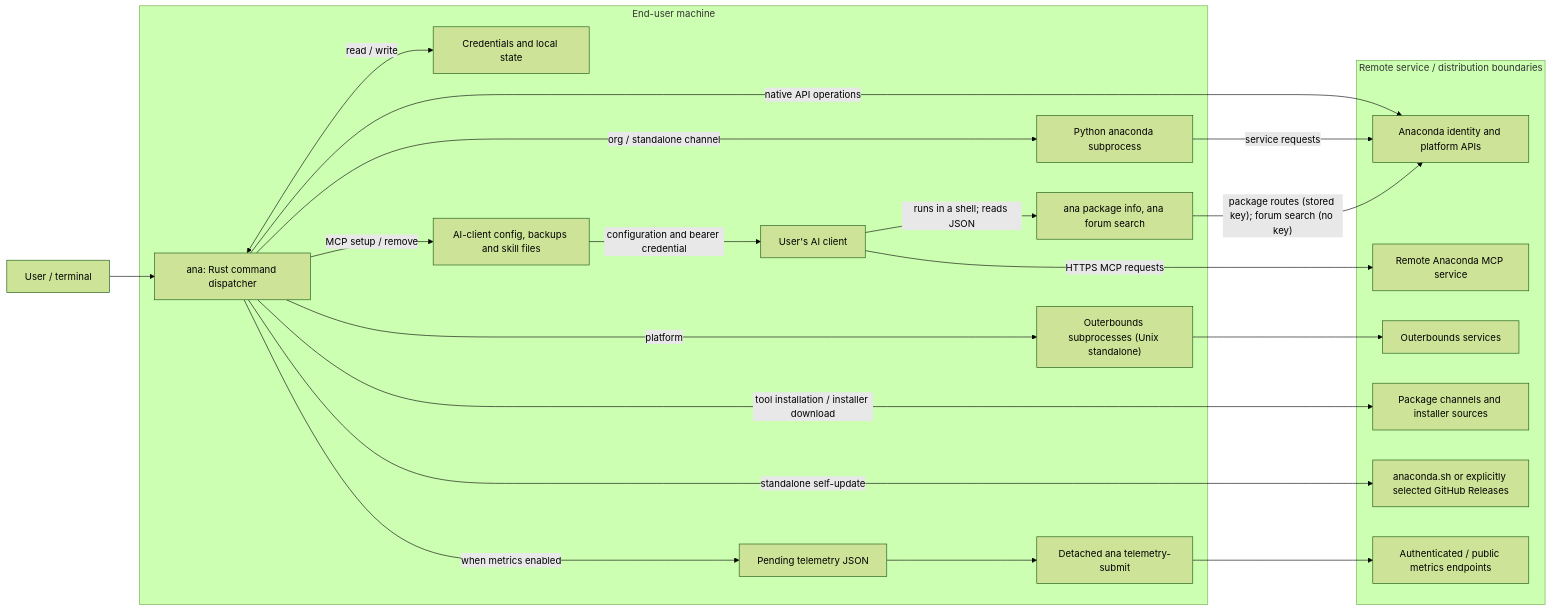
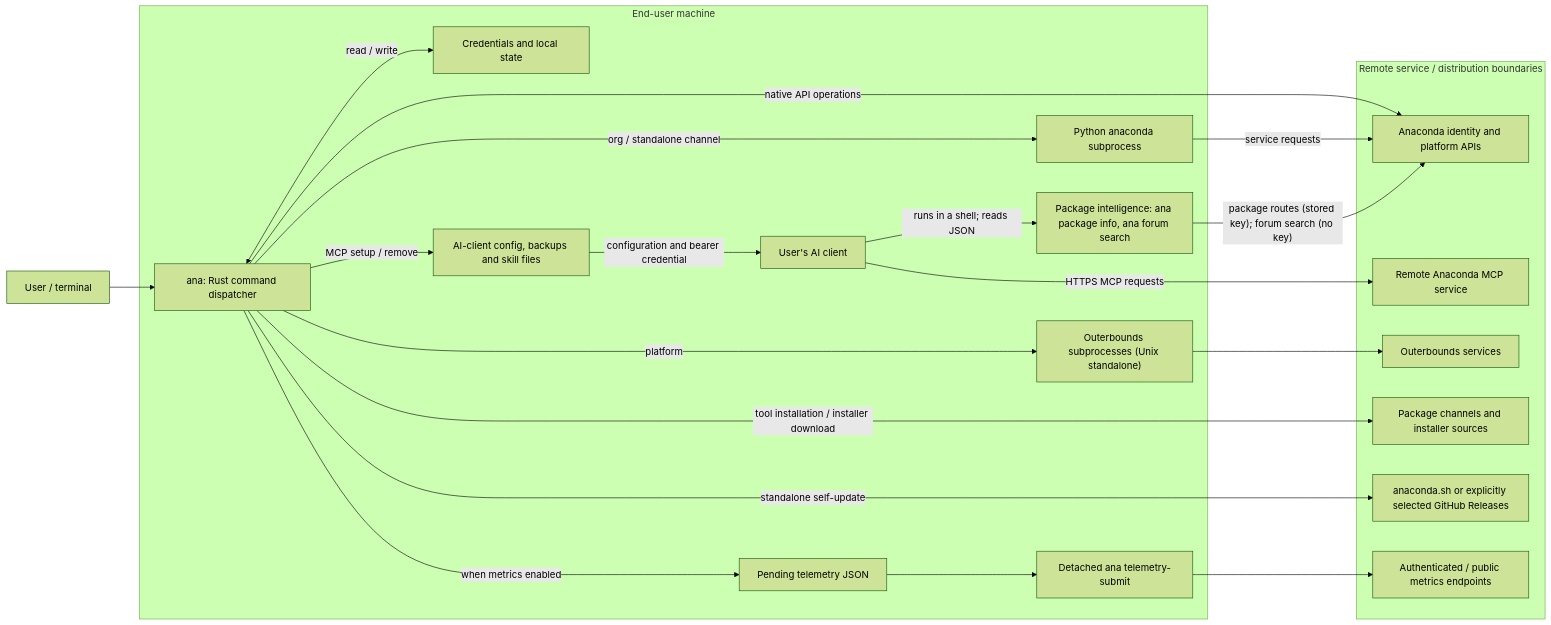
One commit to anaconda/anaconda-cli changed the first of 5 diagrams in docs/architecture.md. Above: the diagram before and after it, drawn with Mermaid (forest theme). The commit also changed other lines of this file and 11 other files, not shown here.

First line of the commit message:
refac: Rename lookup module to package_intelligence

````diff
--- a/docs/architecture.md
+++ b/docs/architecture.md
@@ -19,40 +19,40 @@
 ```mermaid
 flowchart LR
     USER["User / terminal"]
     subgraph HOST["End-user machine"]
         ANA["ana: Rust command dispatcher"]
         STATE["Credentials and local state"]
         PY["Python anaconda subprocess"]
         OB["Outerbounds subprocesses (Unix standalone)"]
         AICFG["AI-client config, backups and skill files"]
         AICLIENT["User's AI client"]
-        LOOKUP["ana package info, ana forum search"]
+        PKGINTEL["Package intelligence: ana package info, ana forum search"]
         SPOOL["Pending telemetry JSON"]
         SUBMIT["Detached ana telemetry-submit"]
     end
     subgraph SERVICES["Remote service / distribution boundaries"]
         API["Anaconda identity and platform APIs"]
         MCP["Remote Anaconda MCP service"]
         OBAPI["Outerbounds services"]
         PKGS["Package channels and installer sources"]
         RELEASES["anaconda.sh or explicitly selected GitHub Releases"]
         METRICS["Authenticated / public metrics endpoints"]
     end
     USER --> ANA
     ANA <-->|"read / write"| STATE
     ANA -->|"native API operations"| API
     ANA -->|"org / standalone channel"| PY
     PY -->|"service requests"| API
     ANA -->|"platform"| OB
     OB --> OBAPI
     ANA -->|"tool installation / installer download"| PKGS
     ANA -->|"standalone self-update"| RELEASES
     ANA -->|"MCP setup / remove"| AICFG
     AICFG -->|"configuration and bearer credential"| AICLIENT
     AICLIENT -->|"HTTPS MCP requests"| MCP
-    AICLIENT -->|"runs in a shell; reads JSON"| LOOKUP
-    LOOKUP -->|"package routes (stored key); forum search (no key)"| API
+    AICLIENT -->|"runs in a shell; reads JSON"| PKGINTEL
+    PKGINTEL -->|"package routes (stored key); forum search (no key)"| API
     ANA -->|"when metrics enabled"| SPOOL
     SPOOL --> SUBMIT
     SUBMIT --> METRICS
 ```
````
